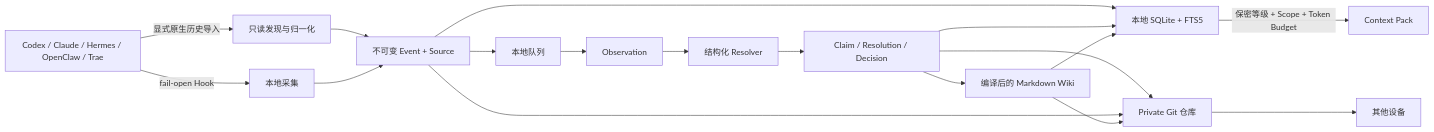
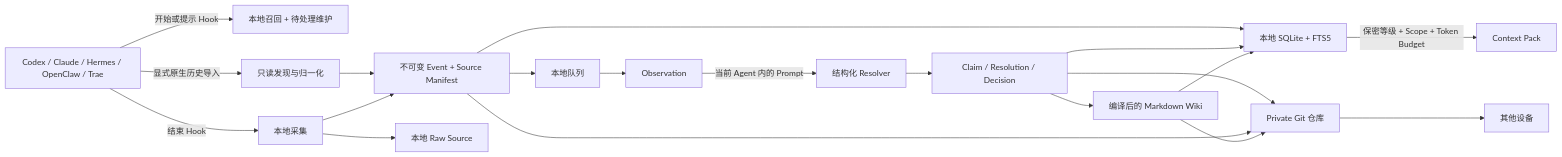
Before and after one commit to deweyou/harness: the diagram in docs/context-hub-architecture.zh.md, drawn with Mermaid. The commit also changed other lines of this file and 30 other files, not shown here.

Commit message:
feat(brain): finalize agent-lifecycle hooks and apply flow

````diff
--- a/docs/context-hub-architecture.zh.md
+++ b/docs/context-hub-architecture.zh.md
@@ -3,20 +3,22 @@
 ```mermaid
 flowchart LR
-  A["Codex / Claude / Hermes / OpenClaw / Trae"] -->|"fail-open Hook"| B["本地采集"]
+  A["Codex / Claude / Hermes / OpenClaw / Trae"] -->|"开始或提示 Hook"| R["本地召回 + 待处理维护"]
+  A -->|"结束 Hook"| B["本地采集"]
   A -->|"显式原生历史导入"| M["只读发现与归一化"]
   M --> C
-  B --> C["不可变 Event + Source"]
+  B --> C["不可变 Event + Source Manifest"]
+  B --> Q["本地 Raw Source"]
   C --> D["本地队列"]
   D --> E["Observation"]
-  E --> F["结构化 Resolver"]
+  E -->|"当前 Agent 内的 Prompt"| F["结构化 Resolver"]
   F --> G["Claim / Resolution / Decision"]
   G --> H["编译后的 Markdown Wiki"]
   C --> I["本地 SQLite + FTS5"]
   G --> I
   H --> I
   I -->|"保密等级 + Scope + Token Budget"| J["Context Pack"]
   G --> K["Private Git 仓库"]
   C --> K
   H --> K
   K --> L["其他设备"]
 ```
````
